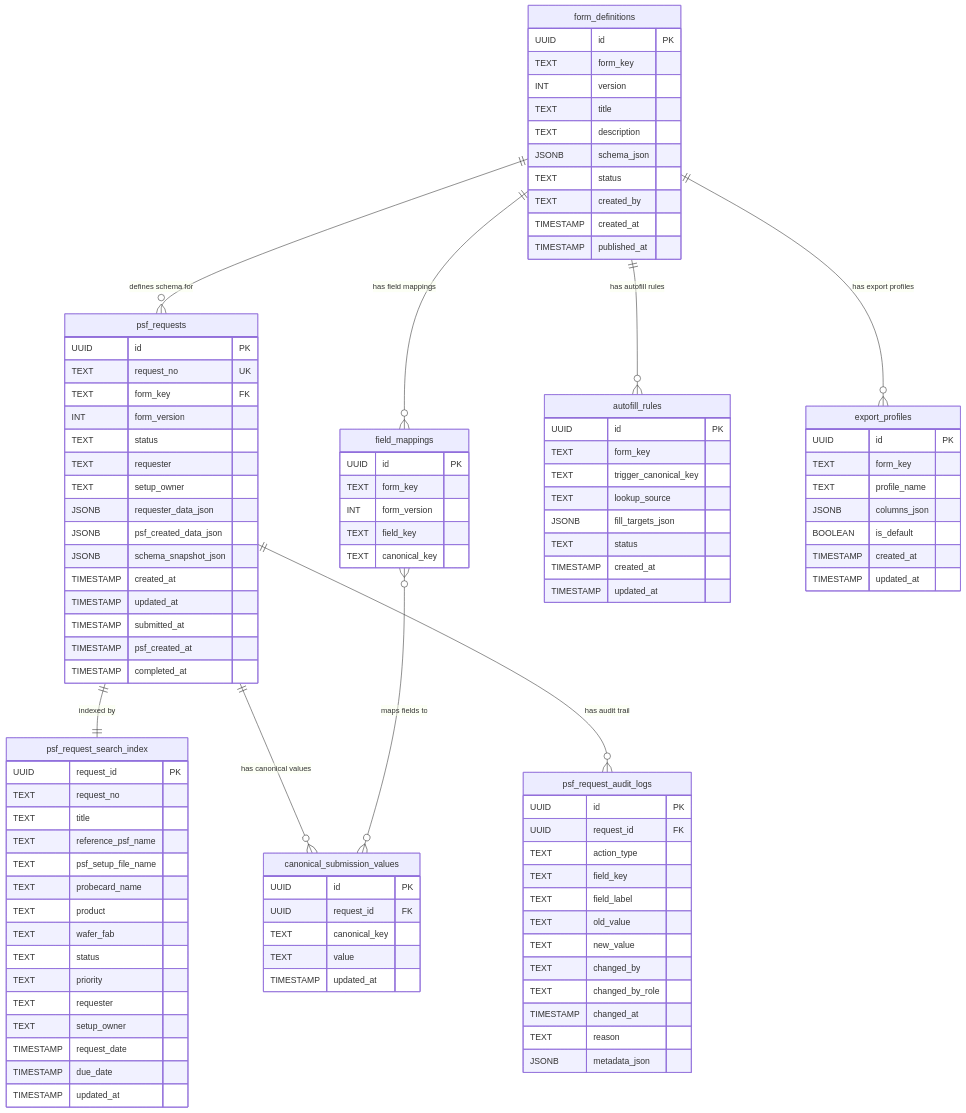
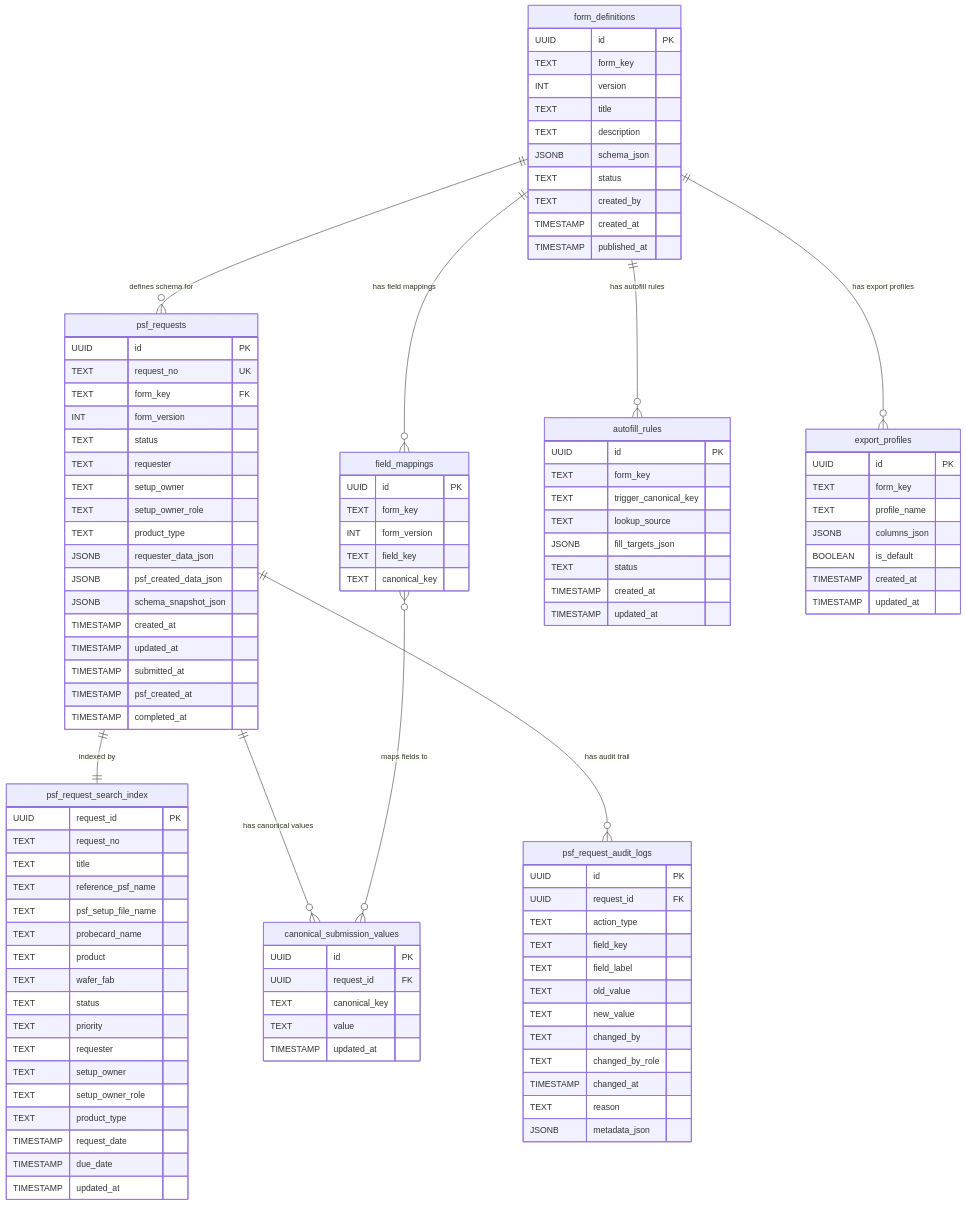
One commit to Kasidet4531/Web-Request-setup-file changed diagram 13 of 14 in docs/diagrams.md. Above: the diagram before and after it, drawn with Mermaid. The commit also changed other lines of this file and 2 other files, not shown here.

Commit message:
docs: add setup owner sub-roles, product type, and email notifications

```diff
--- a/docs/diagrams.md
+++ b/docs/diagrams.md
@@ -724,6 +730,8 @@
         TEXT status
         TEXT requester
         TEXT setup_owner
+        TEXT setup_owner_role
+        TEXT product_type
         JSONB requester_data_json
         JSONB psf_created_data_json
         JSONB schema_snapshot_json
@@ -763,6 +771,8 @@
         TEXT priority
         TEXT requester
         TEXT setup_owner
+        TEXT setup_owner_role
+        TEXT product_type
         TIMESTAMP request_date
         TIMESTAMP due_date
         TIMESTAMP updated_at
```
